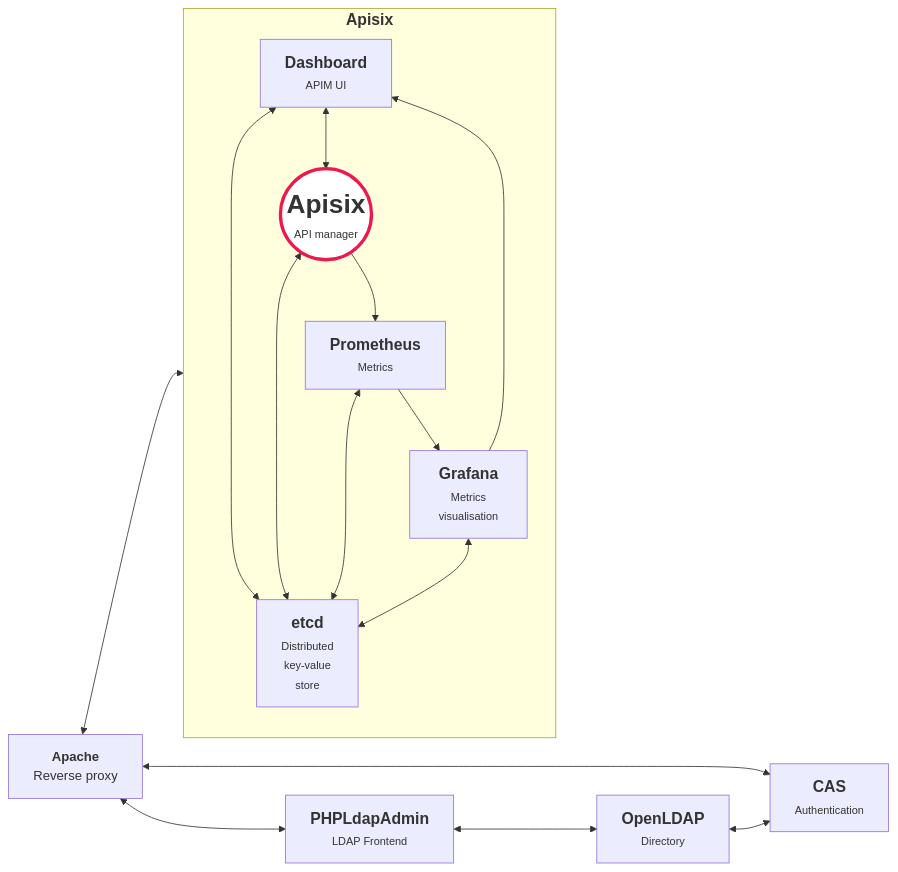
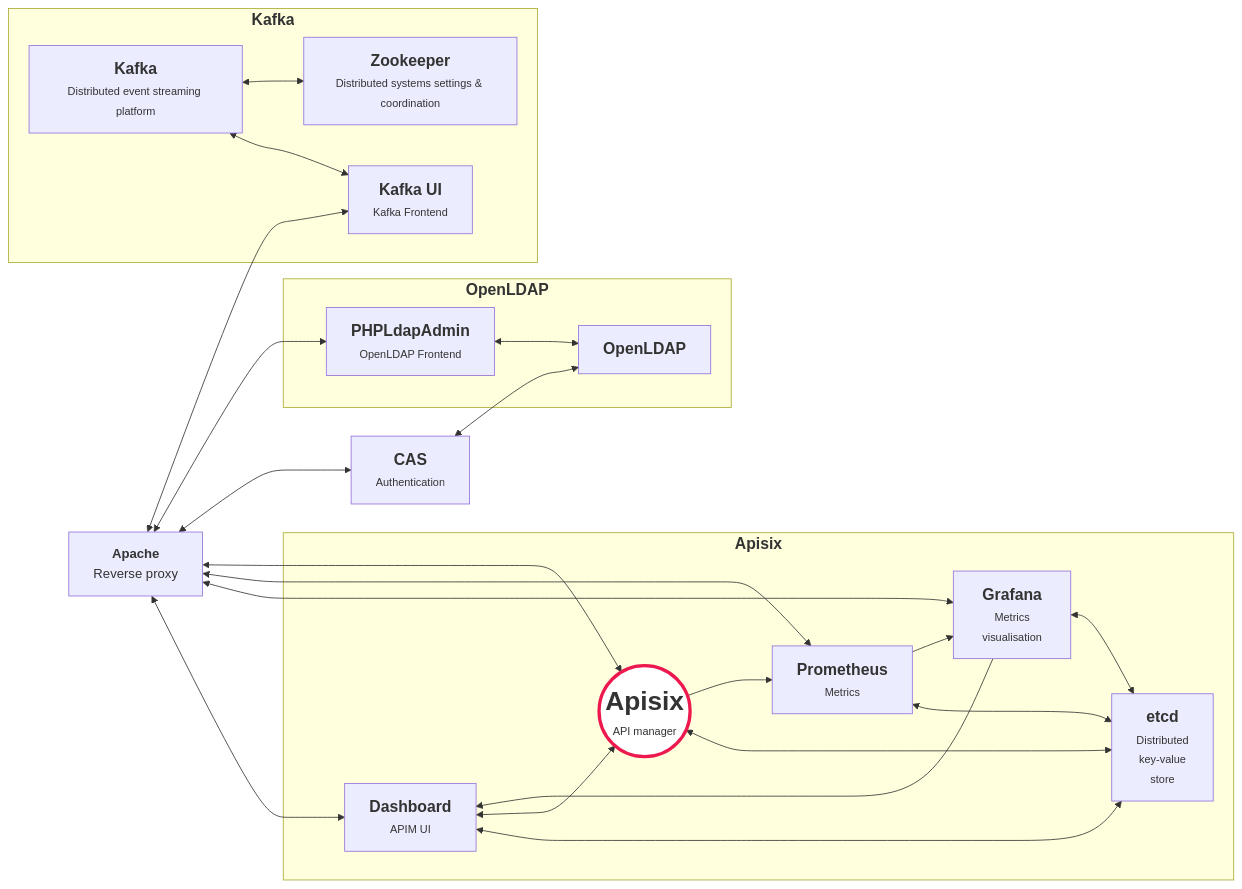
One commit to avenirs-esr/srv-dev changed the diagram in README.md. Above: the diagram before and after it, drawn with Mermaid. The commit also changed other lines of this file, not shown here.

Commit message:
docs: kafka in the big picture

````diff
--- a/README.md
+++ b/README.md
@@ -16,31 +16,45 @@
 ```mermaid
 graph LR;
 subgraph apisix["<big><strong>Apisix<br/></strong></big>"]
-  a_etcd["<big><strong>etcd</strong></big><br/><small>Distributed<br/>key-value<br/>store</small>"] 
-  a_ui["<big><strong>Dashboard</strong></big><br/><small>APIM UI<small>"] <--> a_etcd
-  a_grafana["<big><strong>&nbsp;Grafana&nbsp;</strong></big><br/><small>Metrics<br/>visualisation</small>"] <--> a_etcd
-  a_prometheus["<big><strong>Prometheus</strong></big><br/><small>Metrics</small>"] <--> a_etcd
-  a_core(("<big><strong><font size=6em>Apisix</font></strong></big><br/><small>API manager</small>")) <--> a_etcd
+  apx_etcd["<big><strong>etcd</strong></big><br/><small>Distributed<br/>key-value<br/>store</small>"] 
+  apx_ui["<big><strong>Dashboard</strong></big><br/><small>APIM UI<small>"] <--> apx_etcd
+  apx_grafana["<big><strong>&nbsp;Grafana&nbsp;</strong></big><br/><small>Metrics<br/>visualisation</small>"] <--> apx_etcd
+  apx_prometheus["<big><strong>Prometheus</strong></big><br/><small>Metrics</small>"] <--> apx_etcd
+  apx_core(("<big><strong><font size=6em>Apisix</font></strong></big><br/><small>API manager</small>")) <--> apx_etcd
 
-  a_grafana --> a_ui
-  a_prometheus --> a_grafana
-  a_ui <--> a_core -->a_prometheus
-
-
+  apx_grafana --> apx_ui
+  apx_prometheus --> apx_grafana
+  apx_ui <--> apx_core -->apx_prometheus
 end 
 
+cas["<big ><strong>CAS</strong></big><br/><small>Authentication</small>"] 
+
+subgraph openldap["<big><strong>OpenLDAP<br/></strong></big>"]
+  oldap_openldap["<big><strong>OpenLDAP</strong></big><br/>"] 
+  oldap_phpldapadmin["<big><strong>PHPLdapAdmin</strong></big><br/><small>OpenLDAP Frontend</small>"] 
+  oldap_phpldapadmin<-->oldap_openldap
+end
 apache["<strong>Apache</strong><br/>Reverse proxy</strong>"] 
-cas["<big ><strong>CAS</strong></big><br/><small>Authentication</small>"] 
-openldap["<big><strong>OpenLDAP</strong></big><br/><small>Directory</small>"] 
-phpldapadmin["<big><strong>PHPLdapAdmin</strong></big><br/><small>LDAP Frontend</small>"] 
 
+subgraph kafka["<big><strong>Kafka<br/></strong></big>"]
+  kfk_kafka["<big><strong>Kafka</strong></big><br/><small>Distributed event streaming platform</small>"] 
+  kfk_kafka_ui["<big><strong>Kafka UI</strong></big><br/><small>Kafka Frontend</small>"] 
+  kfk_zookeeper["<big><strong>Zookeeper</strong></big><br/><small>Distributed systems settings &amp; coordination</small>"] 
+  kfk_kafka<-->kfk_kafka_ui
+  kfk_kafka<-->kfk_zookeeper
+end
 
-apache  <--> apisix
+cas <--> oldap_openldap
+apache  <--> apx_ui
+apache  <--> apx_grafana
+apache  <--> apx_prometheus
+apache  <--> apx_core
 apache <--> cas 
-apache <--> phpldapadmin
-openldap <--> cas
-phpldapadmin <--> openldap
+apache <--> oldap_phpldapadmin
+apache <--> kfk_kafka_ui
+
+apache["<strong>Apache</strong><br/>Reverse proxy</strong>"] 
 classDef main fill:white,stroke:#ed184e,stroke-width:4px, min-width:2000px
-class a_core main
+class apx_core main
 
 ```
````
